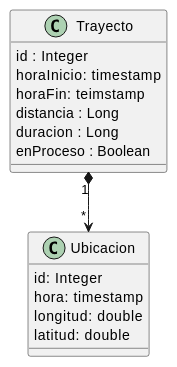
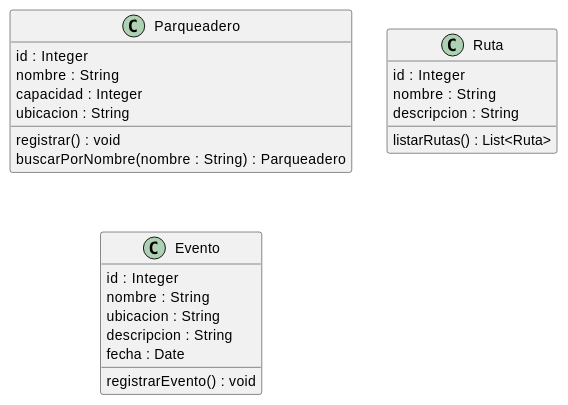
Before and after one commit to ValeriaArenasB/CycloQuestWeb: the diagram in docs/clases-dominio.md, drawn with PlantUML. The commit also changed other lines of this file and 5 other files, not shown here.

Commit message:
actualizar los casos de uso y diagramas

````diff
--- a/docs/clases-dominio.md
+++ b/docs/clases-dominio.md
@@ -12,24 +7,33 @@
 ```uml
 @startuml
 
-class Trayecto {
+class Parqueadero {
   id : Integer
-  horaInicio: timestamp
-  horaFin: teimstamp
-  distancia : Long
-  duracion : Long
-  enProceso : Boolean
+  nombre : String
+  capacidad : Integer
+  ubicacion : String
+
+  registrar() : void
+  buscarPorNombre(nombre : String) : Parqueadero
 }
 
+class Ruta {
+  id : Integer
+  nombre : String
+  descripcion : String
 
-class Ubicacion {
-  id: Integer
-  hora: timestamp
-  longitud: double
-  latitud: double 
+  listarRutas() : List<Ruta>
 }
 
-Trayecto "1" *--> "*" Ubicacion
+class Evento {
+  id : Integer
+  nombre : String
+  ubicacion : String
+  descripcion : String
+  fecha : Date
+
+  registrarEvento() : void
+}
 
 @enduml
 ```
````
